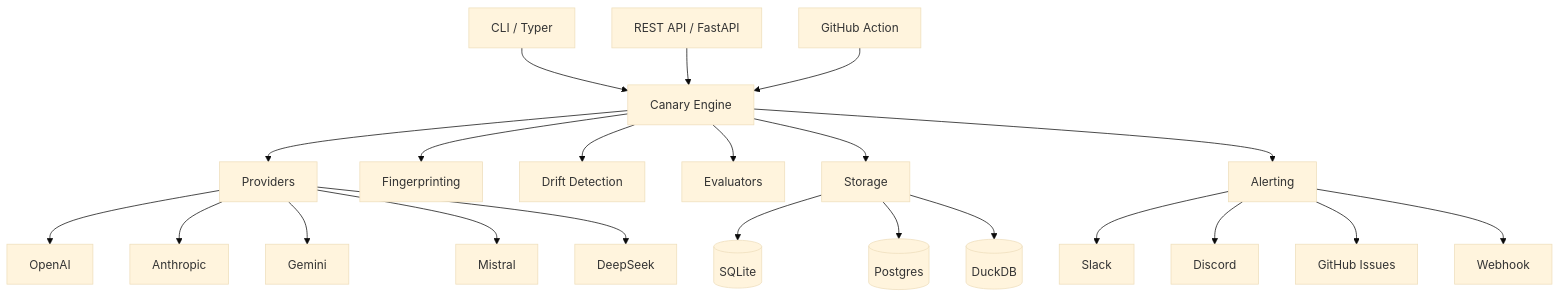
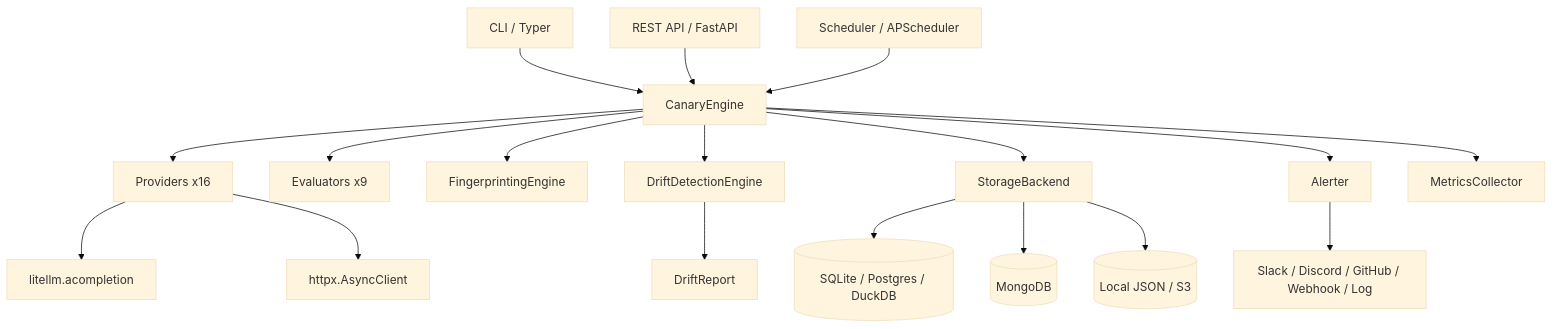
One commit to Hardik-369/model-canary changed the diagram in README.md. Above: the diagram before and after it, drawn with Mermaid (base theme). The commit also changed other lines of this file, not shown here.

````diff
--- a/README.md
+++ b/README.md
@@ -245,24 +189,20 @@
 ```mermaid
 graph TD
-    CLI[CLI / Typer] --> Engine[Canary Engine]
+    CLI[CLI / Typer] --> Engine[CanaryEngine]
     API[REST API / FastAPI] --> Engine
-    GA[GitHub Action] --> Engine
-    Engine --> Prov[Providers]
-    Engine --> FP[Fingerprinting]
-    Engine --> DD[Drift Detection]
-    Engine --> Eval[Evaluators]
-    Engine --> Store[Storage]
-    Engine --> Alert[Alerting]
-    Prov --> OAI[OpenAI]
-    Prov --> ANT[Anthropic]
-    Prov --> GEM[Gemini]
-    Prov --> MIST[Mistral]
-    Prov --> DS[DeepSeek]
-    Store --> SQL[(SQLite)]
-    Store --> PG[(Postgres)]
-    Store --> DDB[(DuckDB)]
-    Alert --> SL[Slack]
-    Alert --> DC[Discord]
-    Alert --> GH[GitHub Issues]
-    Alert --> WH[Webhook]
+    Sched[Scheduler / APScheduler] --> Engine
+    Engine --> Prov[Providers x16]
+    Engine --> Eval[Evaluators x9]
+    Engine --> FP[FingerprintingEngine]
+    Engine --> DD[DriftDetectionEngine]
+    Engine --> Store[StorageBackend]
+    Engine --> Alert[Alerter]
+    Engine --> Metrics[MetricsCollector]
+    Prov --> LiteLLM[litellm.acompletion]
+    Prov --> HTTP[httpx.AsyncClient]
+    DD --> Reports[DriftReport]
+    Store --> SQL[(SQLite / Postgres / DuckDB)]
+    Store --> NoSQL[(MongoDB)]
+    Store --> FS[(Local JSON / S3)]
+    Alert --> Slack[Slack / Discord / GitHub / Webhook / Log]
 ```
````
